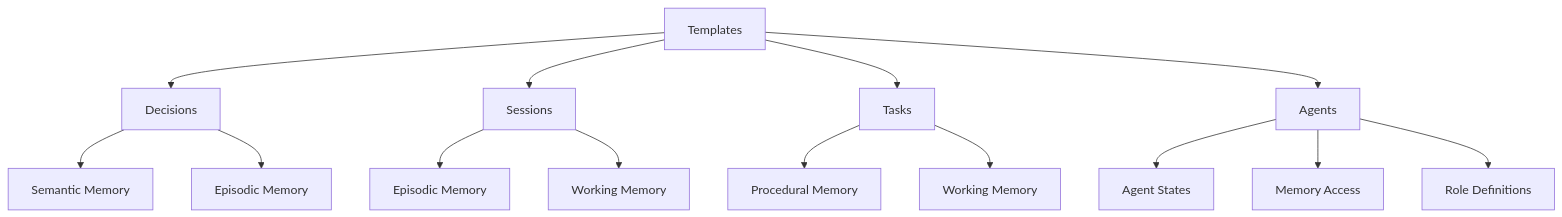
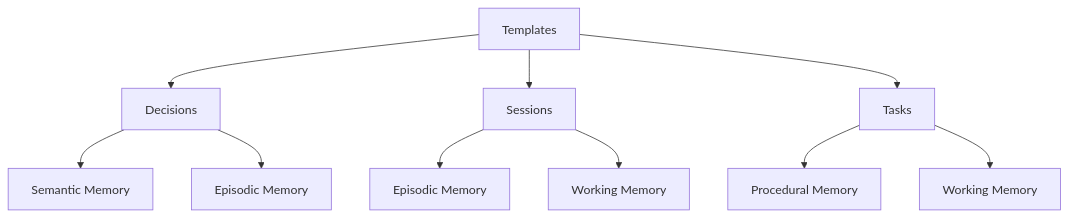
The diagram in docs/templates.md (FixingPixels/Aegis), drawn with Mermaid before and after one commit. The commit also changed other lines of this file and 19 other files, not shown here.

````diff
--- a/docs/templates.md
+++ b/docs/templates.md
@@ -7,20 +7,15 @@
 ```mermaid
 graph TD
     A[Templates] --> B[Decisions]
     A --> C[Sessions]
     A --> D[Tasks]
-    A --> E[Agents]
     
     B --> B1[Semantic Memory]
     B --> B2[Episodic Memory]
     
     C --> C1[Episodic Memory]
     C --> C2[Working Memory]
     
     D --> D1[Procedural Memory]
     D --> D2[Working Memory]
-    
-    E --> E1[Agent States]
-    E --> E2[Memory Access]
-    E --> E3[Role Definitions]
 ```
````
